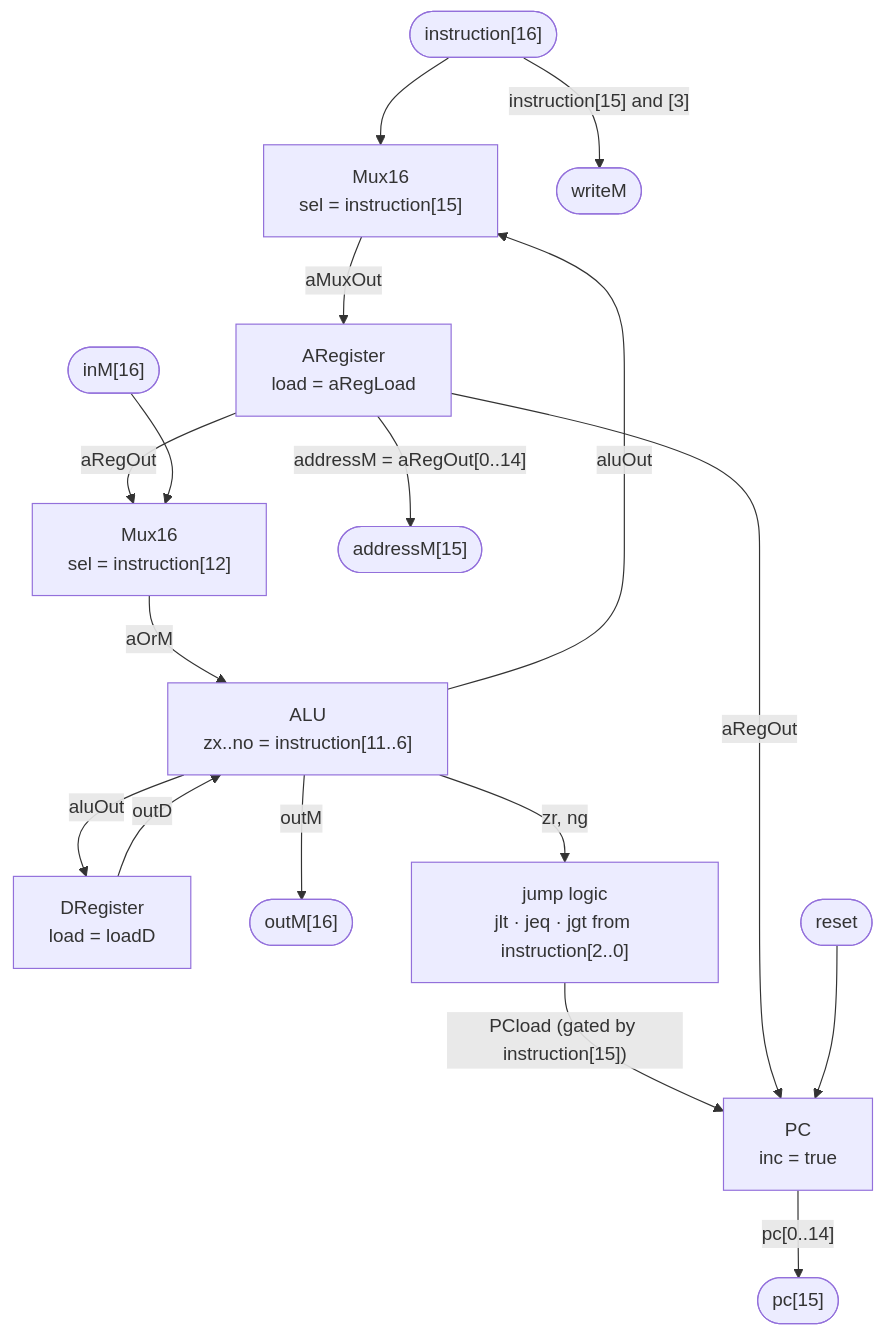
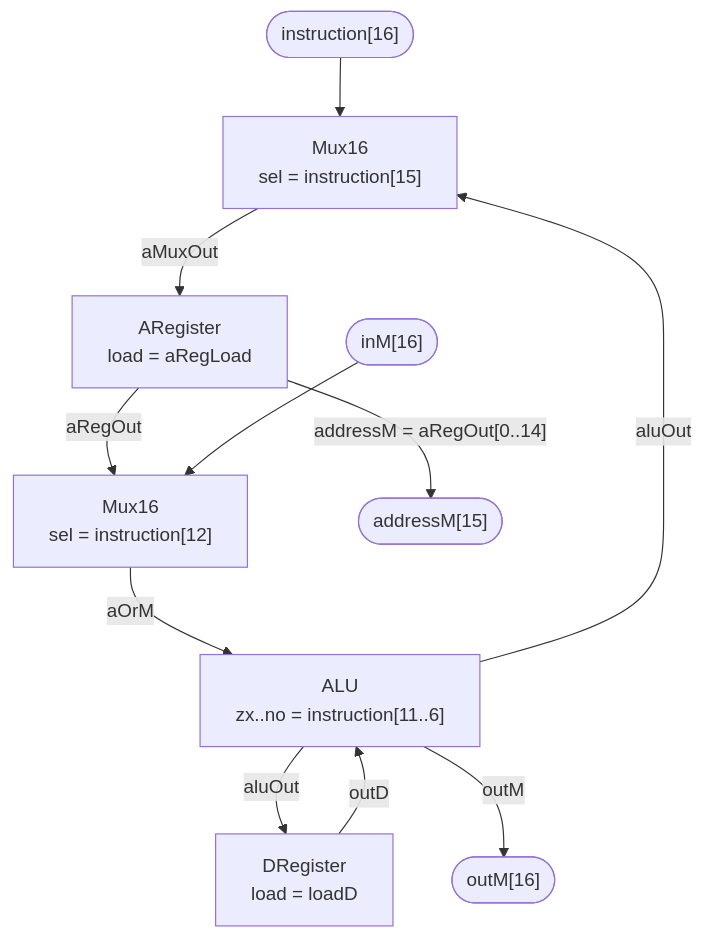
Before and after one commit to spaceadler/nand2tetris: the fifth of 8 diagrams in README.md, drawn with Mermaid. The commit also changed other lines of this file, not shown here.

Commit message:
README: narrower diagrams; memory and CPU each split into two

````diff
--- a/README.md
+++ b/README.md
@@ -108,19 +90,12 @@
 ```mermaid
 flowchart TB
     ins(["instruction[16]"]) --> amux["Mux16<br/>sel = instruction[15]"]
     amux -->|aMuxOut| areg["ARegister<br/>load = aRegLoad"]
     areg -->|aRegOut| ymux["Mux16<br/>sel = instruction[12]"]
     inM(["inM[16]"]) --> ymux
-    ymux -->|aOrM| alu
-    dreg["DRegister<br/>load = loadD"] -->|outD| alu["ALU<br/>zx..no = instruction[11..6]"]
+    ymux -->|aOrM| alu["ALU<br/>zx..no = instruction[11..6]"]
+    dreg["DRegister<br/>load = loadD"] -->|outD| alu
     alu -->|aluOut| amux & dreg
     alu -->|outM| outM(["outM[16]"])
     areg -->|"addressM = aRegOut[0..14]"| addr(["addressM[15]"])
-
-    alu -->|"zr, ng"| jmp["jump logic<br/>jlt · jeq · jgt from instruction[2..0]"]
-    jmp -->|"PCload (gated by instruction[15])"| pc["PC<br/>inc = true"]
-    areg -->|aRegOut| pc
-    rst(["reset"]) --> pc
-    pc -->|"pc[0..14]"| pcout(["pc[15]"])
-    ins -->|"instruction[15] and [3]"| wm(["writeM"])
 ```
````
